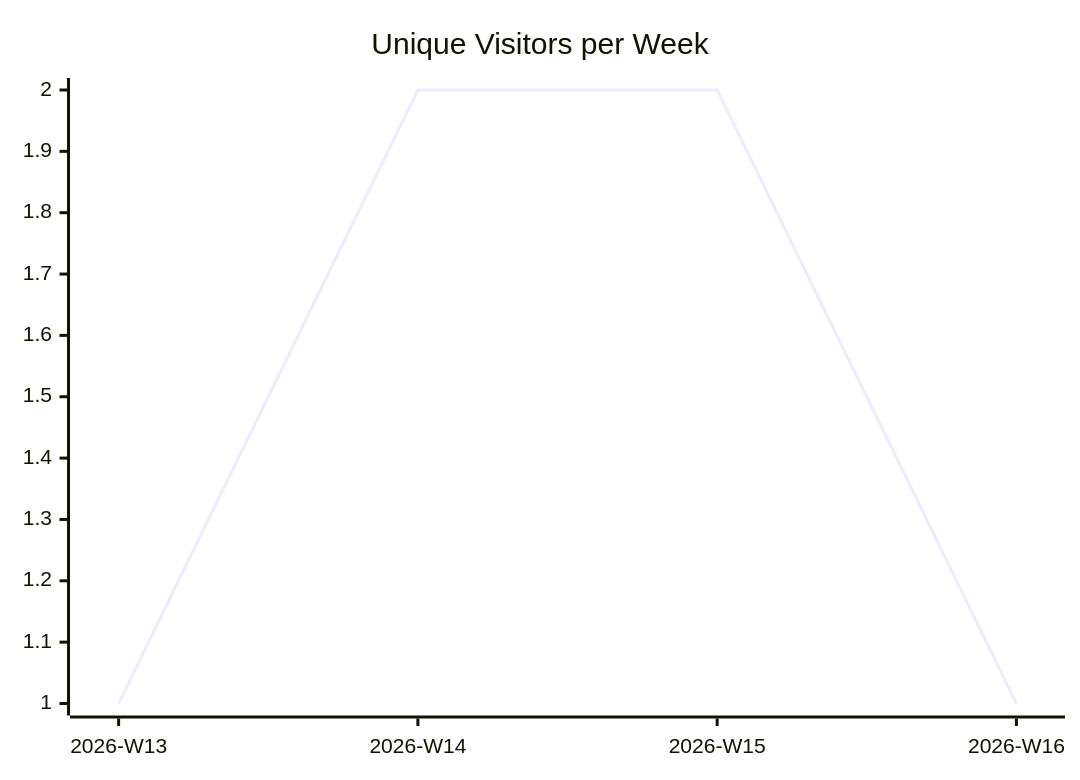
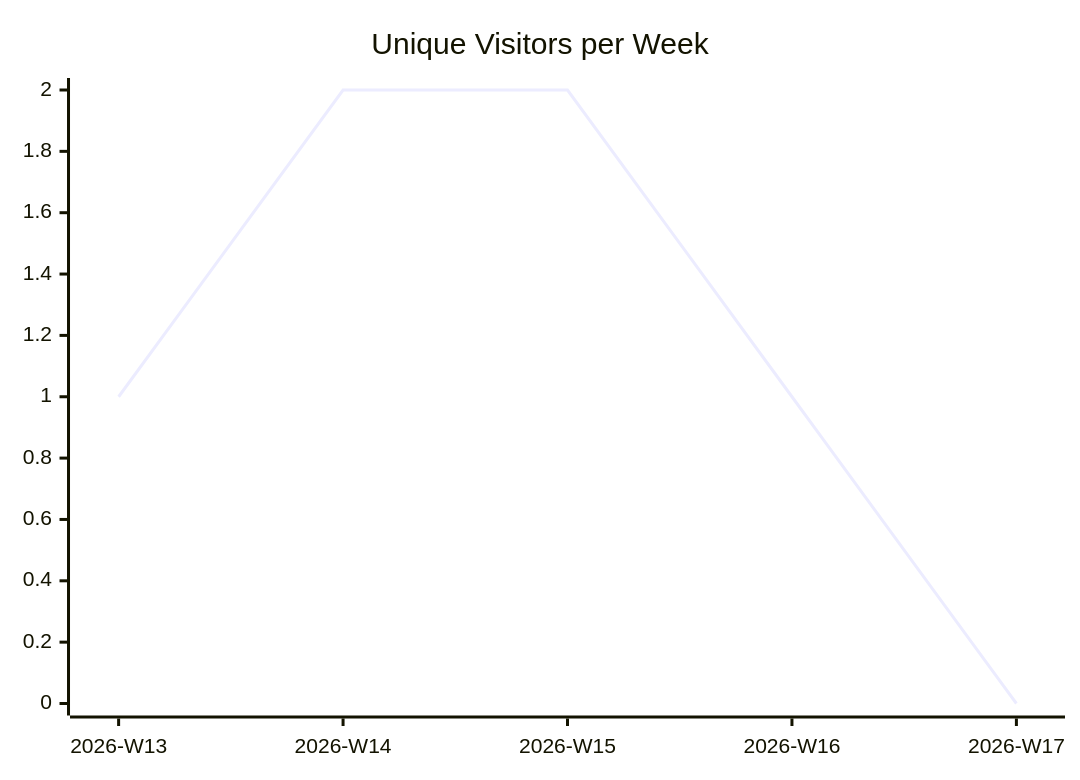
One commit to justdavis-family/github-analytics-data changed the first of 3 diagrams in karlmdavis/fhir-benchmarks/README.md. Above: the diagram before and after it, drawn with Mermaid. The commit also changed other lines of this file and 192 other files, not shown here.

````diff
--- a/karlmdavis/fhir-benchmarks/README.md
+++ b/karlmdavis/fhir-benchmarks/README.md
@@ -5,6 +5,6 @@
 ```mermaid
 xychart-beta
   title "Unique Visitors per Week"
-  x-axis ["2026-W13", "2026-W14", "2026-W15", "2026-W16"]
-  line [1, 2, 2, 1]
+  x-axis ["2026-W13", "2026-W14", "2026-W15", "2026-W16", "2026-W17"]
+  line [1, 2, 2, 1, 0]
 ```
````
